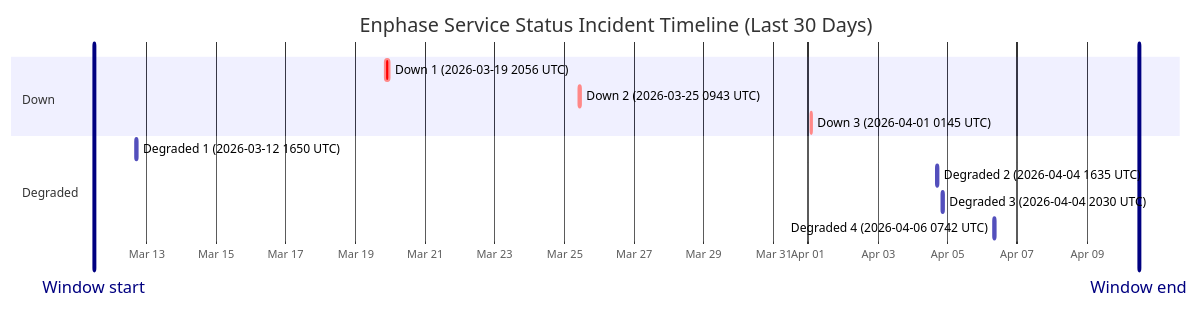
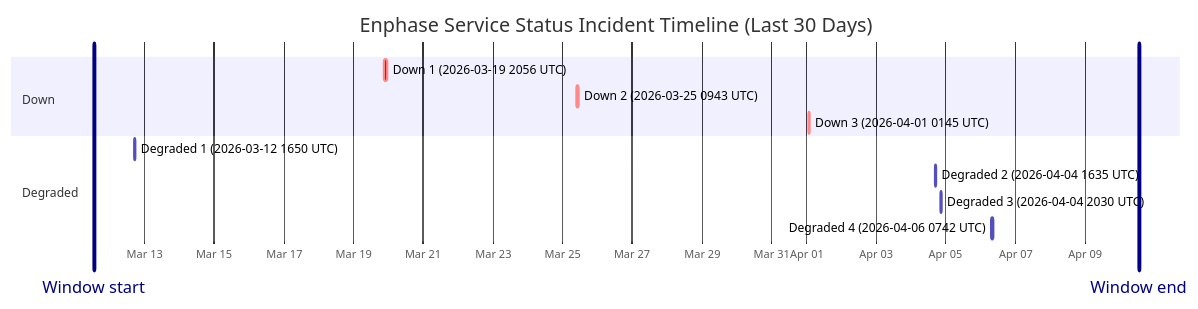
Before and after one commit to barneyonline/ha-enphase-ev-charger: the diagram in wiki/Service-Status-History.md, drawn with Mermaid. The commit also changed other lines of this file and 3 other files, not shown here.

````diff
--- a/wiki/Service-Status-History.md
+++ b/wiki/Service-Status-History.md
@@ -14,17 +14,17 @@
 ```mermaid
 gantt
     title Enphase Service Status Incident Timeline (Last 30 Days)
     dateFormat  YYYY-MM-DDTHH:mm:ss
     axisFormat  %b %d
-    Window start :vert, window-start, 2026-03-11T11:48:18, 0ms
-    Window end :vert, window-end, 2026-04-10T11:48:18, 0ms
+    Window start :vert, window-start, 2026-03-11T13:08:12, 0ms
+    Window end :vert, window-end, 2026-04-10T13:08:12, 0ms
     section Down
     Down 1 (2026-03-19 2056 UTC) :crit, down-1, 2026-03-19T20:56:20, 145m
     Down 2 (2026-03-25 0943 UTC) :crit, down-2, 2026-03-25T09:43:28, 111m
     Down 3 (2026-04-01 0145 UTC) :crit, down-3, 2026-04-01T01:45:09, 60m
     section Degraded
     Degraded 1 (2026-03-12 1650 UTC) :active, degraded-1, 2026-03-12T16:50:43, 60m
     Degraded 2 (2026-04-04 1635 UTC) :active, degraded-2, 2026-04-04T16:35:17, 60m
     Degraded 3 (2026-04-04 2030 UTC) :active, degraded-3, 2026-04-04T20:30:40, 60m
     Degraded 4 (2026-04-06 0742 UTC) :active, degraded-4, 2026-04-06T07:42:09, 85m
 ```
````
